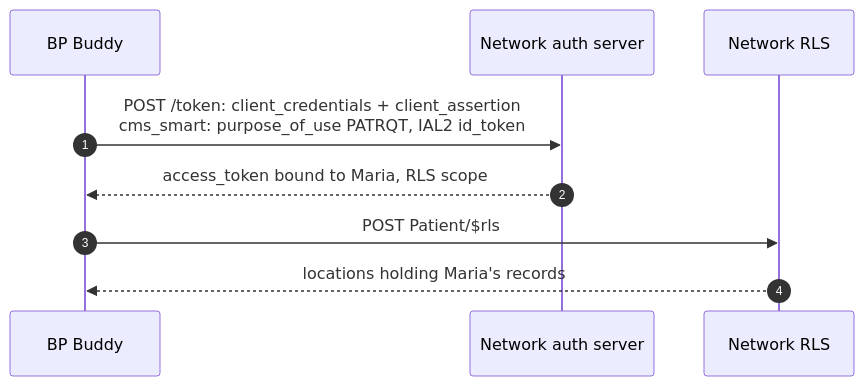
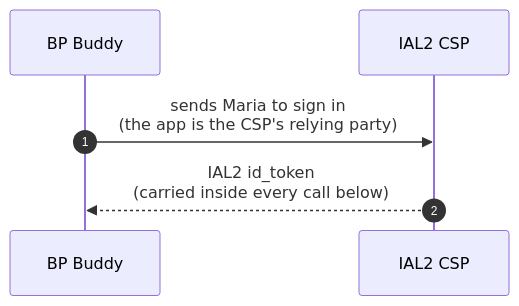
One commit to jmandel/cms-ns changed the eighth of 10 diagrams in authorizing-access.md. Above: the diagram before and after it, drawn with Mermaid. The commit also changed other lines of this file and 1 other file, not shown here.

First line of the commit message:
Parallel twin flows: identical stage names, paired diagrams, aligned rows

````diff
--- a/authorizing-access.md
+++ b/authorizing-access.md
@@ -219,12 +222,9 @@
 ```mermaid
 sequenceDiagram
     autonumber
     participant App as BP Buddy
-    participant NAS as Network auth server
-    participant RLS as Network RLS
+    participant CSP as IAL2 CSP
 
-    App->>NAS: POST /token: client_credentials + client_assertion<br/>cms_smart: purpose_of_use PATRQT, IAL2 id_token
-    NAS-->>App: access_token bound to Maria, RLS scope
-    App->>RLS: POST Patient/$rls
-    RLS-->>App: locations holding Maria's records
+    App->>CSP: sends Maria to sign in<br/>(the app is the CSP's relying party)
+    CSP-->>App: IAL2 id_token<br/>(carried inside every call below)
 ```
````
